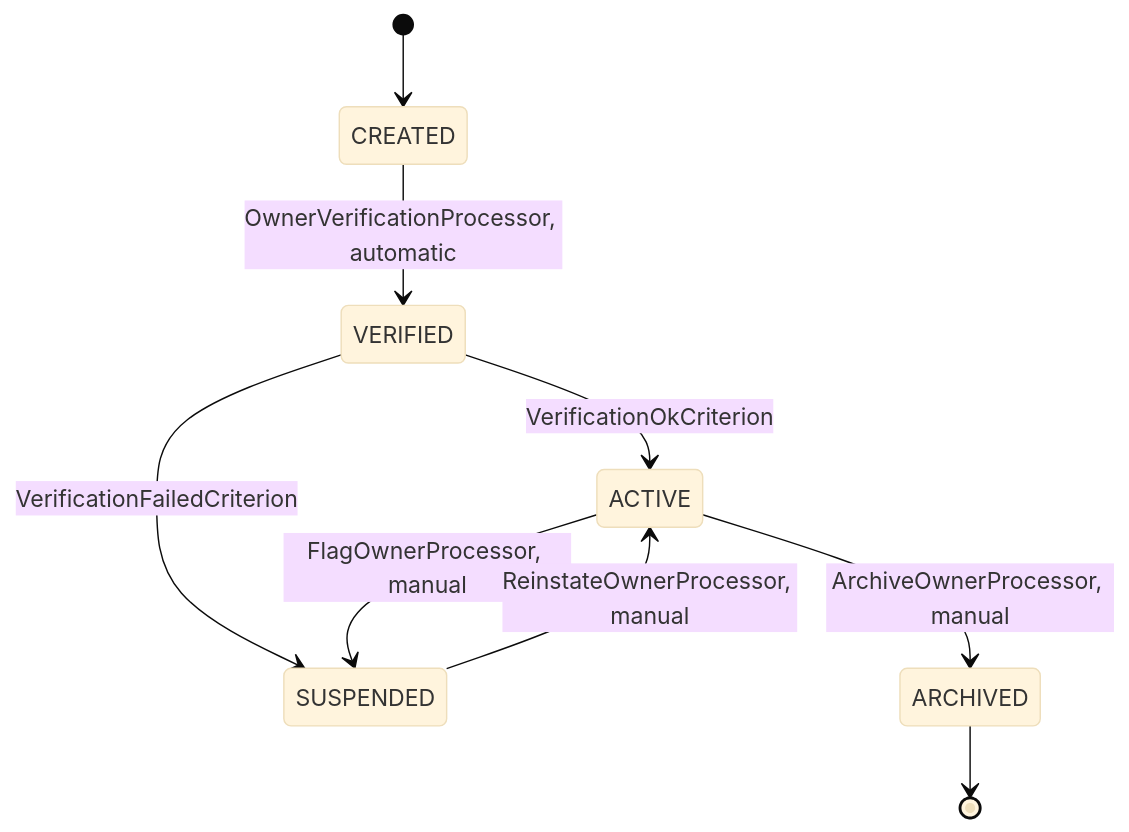
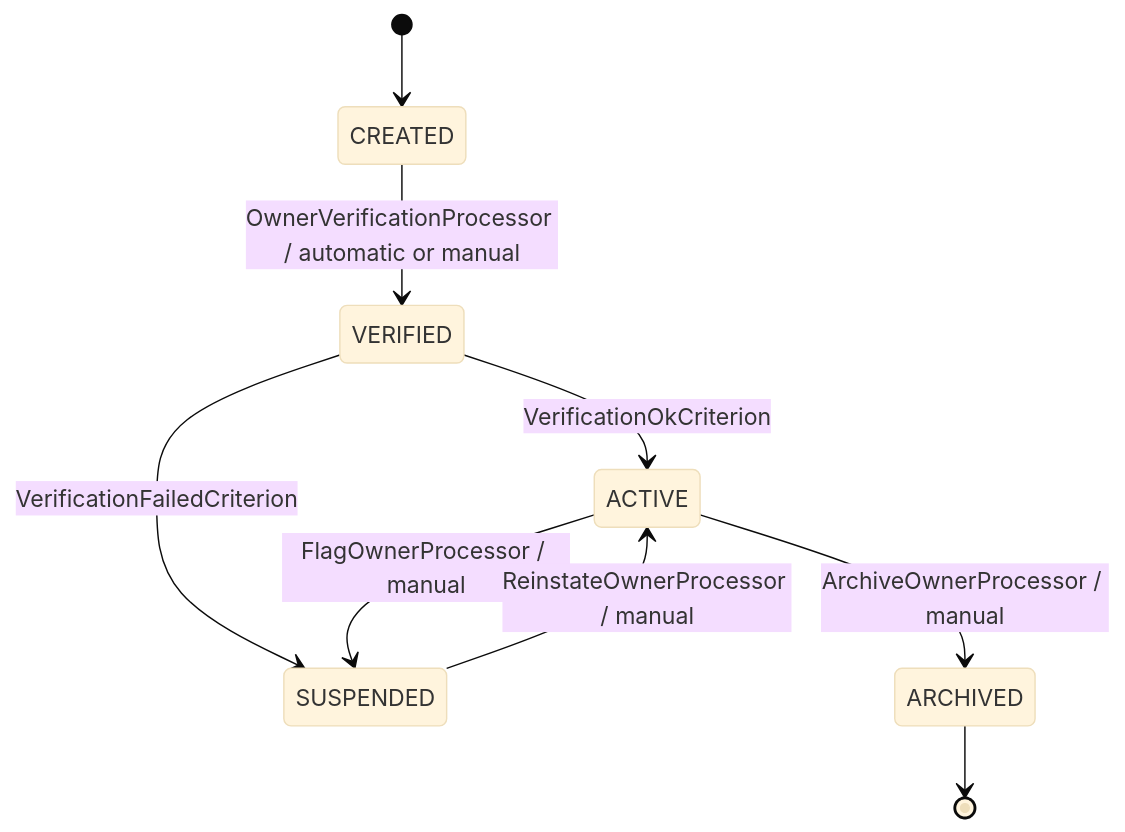
Before and after one commit to Cyoda-platform/java-client-template: the second of 4 diagrams in src/main/java/com/java_template/prototype/functional_requirement.md, drawn with Mermaid (base theme). The commit also changed other lines of this file, not shown here.

````diff
--- a/src/main/java/com/java_template/prototype/functional_requirement.md
+++ b/src/main/java/com/java_template/prototype/functional_requirement.md
@@ -72,11 +105,11 @@
 ```mermaid
 stateDiagram-v2
     [*] --> CREATED
-    CREATED --> VERIFIED : OwnerVerificationProcessor, automatic
+    CREATED --> VERIFIED : OwnerVerificationProcessor / automatic or manual
     VERIFIED --> ACTIVE : VerificationOkCriterion
     VERIFIED --> SUSPENDED : VerificationFailedCriterion
-    ACTIVE --> SUSPENDED : FlagOwnerProcessor, manual
-    SUSPENDED --> ACTIVE : ReinstateOwnerProcessor, manual
-    ACTIVE --> ARCHIVED : ArchiveOwnerProcessor, manual
+    ACTIVE --> SUSPENDED : FlagOwnerProcessor / manual
+    SUSPENDED --> ACTIVE : ReinstateOwnerProcessor / manual
+    ACTIVE --> ARCHIVED : ArchiveOwnerProcessor / manual
     ARCHIVED --> [*]
 ```
````
